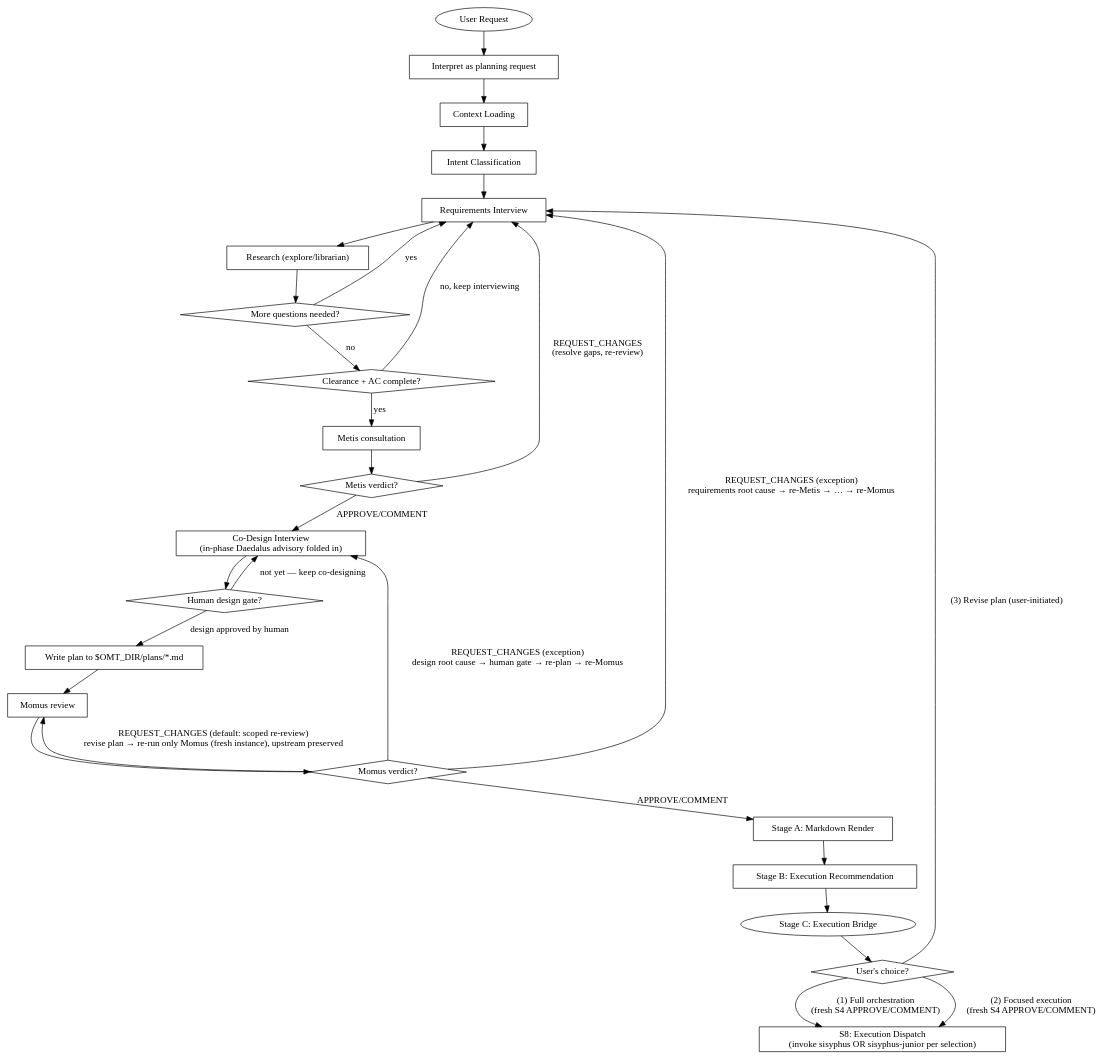
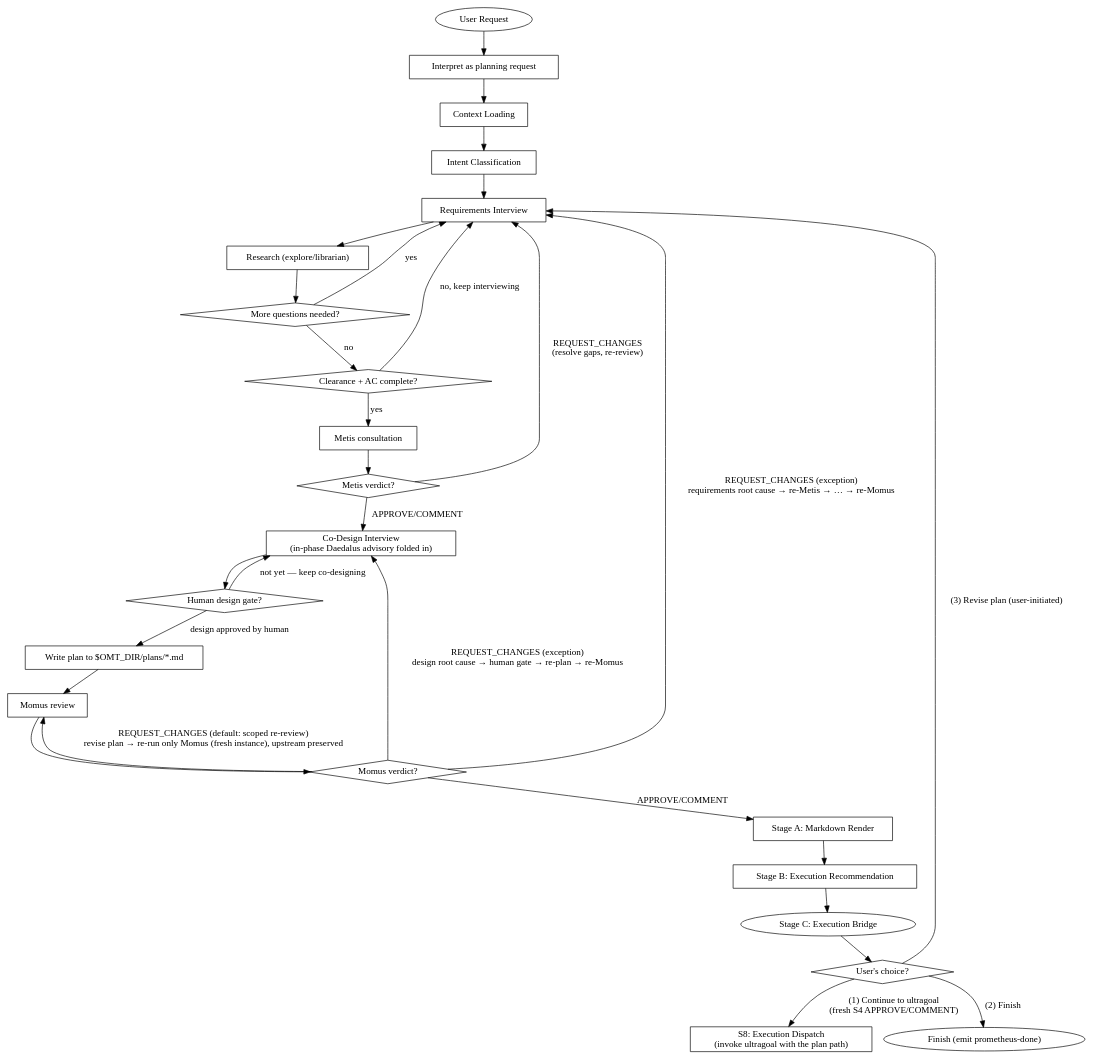
One commit to toongri/oh-my-toong-playground changed the diagram in skills/prometheus/SKILL.md. Above: the diagram before and after it, drawn with Graphviz. The commit also changed other lines of this file and 2 other files, not shown here.

Commit message:
feat: prometheus ultragoal 인계 경로 추가

````diff
--- a/skills/prometheus/SKILL.md
+++ b/skills/prometheus/SKILL.md
@@ -68,54 +68,55 @@
 ```dot
 digraph prometheus_flow {
     rankdir=TB;
     "User Request" [shape=ellipse];
     "Interpret as planning request" [shape=box];
     "Context Loading" [shape=box];
     "Intent Classification" [shape=box];
     "Requirements Interview" [shape=box];
     "Research (explore/librarian)" [shape=box];
     "More questions needed?" [shape=diamond];
     "Clearance + AC complete?" [shape=diamond];
     "Metis consultation" [shape=box];
     "Metis verdict?" [shape=diamond];
     "Co-Design Interview\n(in-phase Daedalus advisory folded in)" [shape=box];
     "Human design gate?" [shape=diamond];
     "Write plan to $OMT_DIR/plans/*.md" [shape=box];
     "Momus review" [shape=box];
     "Momus verdict?" [shape=diamond];
     "Stage A: Markdown Render" [shape=box];
     "Stage B: Execution Recommendation" [shape=box];
     "Stage C: Execution Bridge" [shape=ellipse];
     "User's choice?" [shape=diamond];
-    "S8: Execution Dispatch\n(invoke sisyphus OR sisyphus-junior per selection)" [shape=box];
+    "S8: Execution Dispatch\n(invoke ultragoal with the plan path)" [shape=box];
+    "Finish (emit prometheus-done)" [shape=ellipse];
 
     "User Request" -> "Interpret as planning request";
     "Interpret as planning request" -> "Context Loading";
     "Context Loading" -> "Intent Classification";
     "Intent Classification" -> "Requirements Interview";
     "Requirements Interview" -> "Research (explore/librarian)";
     "Research (explore/librarian)" -> "More questions needed?";
     "More questions needed?" -> "Requirements Interview" [label="yes"];
     "More questions needed?" -> "Clearance + AC complete?" [label="no"];
     "Clearance + AC complete?" -> "Requirements Interview" [label="no, keep interviewing"];
     "Clearance + AC complete?" -> "Metis consultation" [label="yes"];
     "Metis consultation" -> "Metis verdict?";
     "Metis verdict?" -> "Requirements Interview" [label="REQUEST_CHANGES\n(resolve gaps, re-review)"];
     "Metis verdict?" -> "Co-Design Interview\n(in-phase Daedalus advisory folded in)" [label="APPROVE/COMMENT"];
     "Co-Design Interview\n(in-phase Daedalus advisory folded in)" -> "Human design gate?";
     "Human design gate?" -> "Co-Design Interview\n(in-phase Daedalus advisory folded in)" [label="not yet — keep co-designing"];
     "Human design gate?" -> "Write plan to $OMT_DIR/plans/*.md" [label="design approved by human"];
     "Write plan to $OMT_DIR/plans/*.md" -> "Momus review";
     "Momus review" -> "Momus verdict?";
     "Momus verdict?" -> "Momus review" [label="REQUEST_CHANGES (default: scoped re-review)\nrevise plan → re-run only Momus (fresh instance), upstream preserved"];
     "Momus verdict?" -> "Requirements Interview" [label="REQUEST_CHANGES (exception)\nrequirements root cause → re-Metis → … → re-Momus"];
     "Momus verdict?" -> "Co-Design Interview\n(in-phase Daedalus advisory folded in)" [label="REQUEST_CHANGES (exception)\ndesign root cause → human gate → re-plan → re-Momus"];
     "Momus verdict?" -> "Stage A: Markdown Render" [label="APPROVE/COMMENT"];
     "Stage A: Markdown Render" -> "Stage B: Execution Recommendation";
     "Stage B: Execution Recommendation" -> "Stage C: Execution Bridge";
     "Stage C: Execution Bridge" -> "User's choice?";
-    "User's choice?" -> "S8: Execution Dispatch\n(invoke sisyphus OR sisyphus-junior per selection)" [label="(1) Full orchestration\n(fresh S4 APPROVE/COMMENT)"];
-    "User's choice?" -> "S8: Execution Dispatch\n(invoke sisyphus OR sisyphus-junior per selection)" [label="(2) Focused execution\n(fresh S4 APPROVE/COMMENT)"];
+    "User's choice?" -> "S8: Execution Dispatch\n(invoke ultragoal with the plan path)" [label="(1) Continue to ultragoal\n(fresh S4 APPROVE/COMMENT)"];
+    "User's choice?" -> "Finish (emit prometheus-done)" [label="(2) Finish"];
     "User's choice?" -> "Requirements Interview" [label="(3) Revise plan (user-initiated)"];
 }
 ```
````
